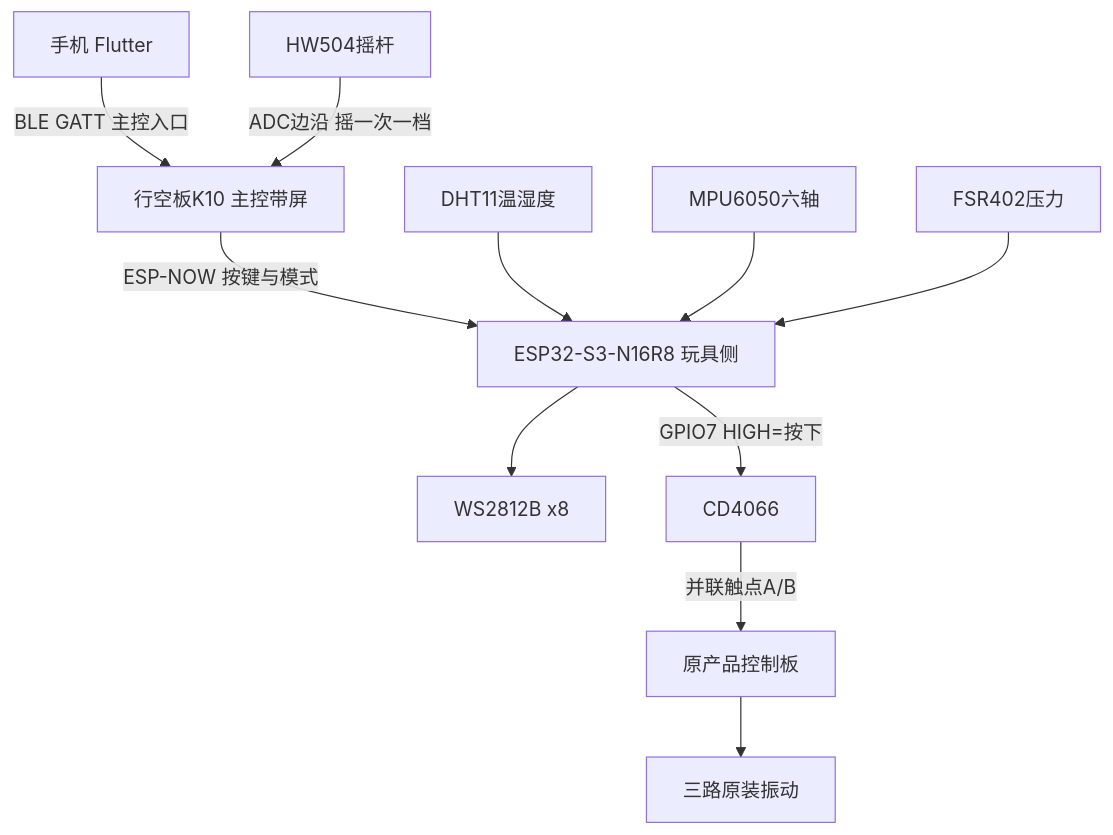
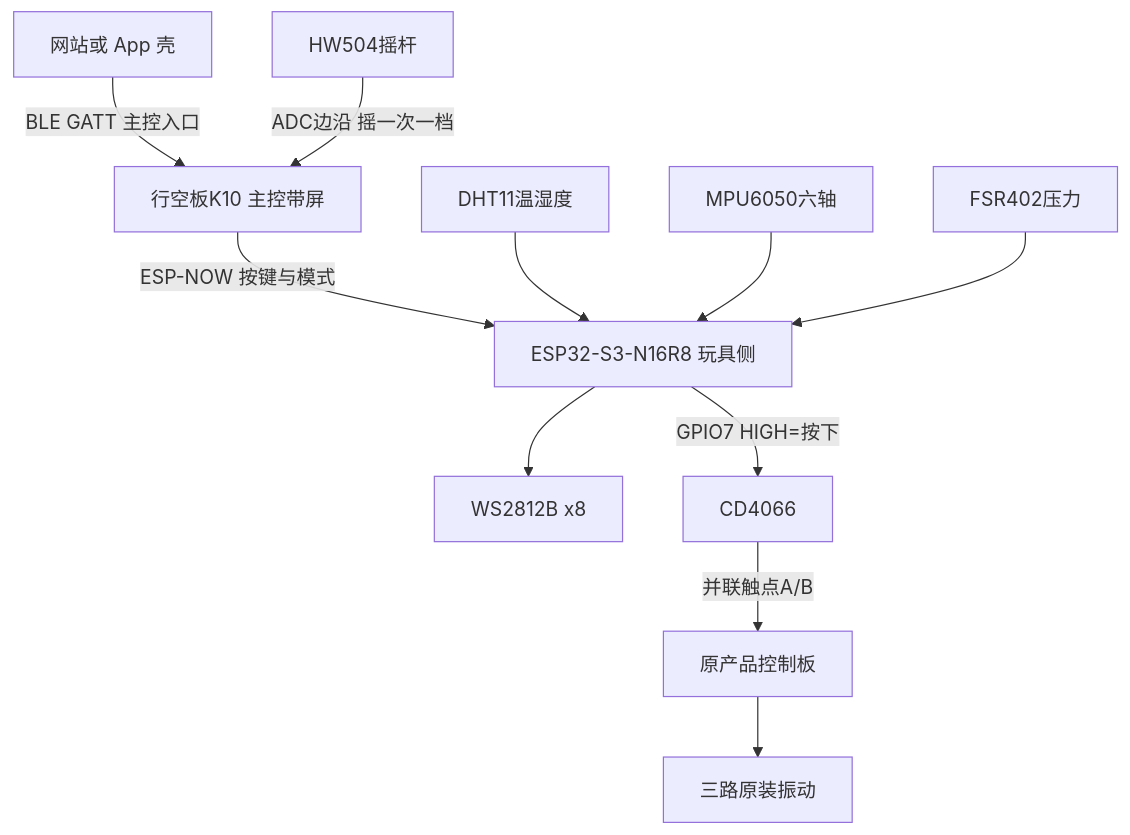
The second of 3 diagrams in docs/architecture/产品架构.md (Binomial-distribution/nascent), drawn with Mermaid before and after one commit. The commit also changed other lines of this file and 54 other files, not shown here.

````diff
--- a/docs/architecture/产品架构.md
+++ b/docs/architecture/产品架构.md
@@ -123,24 +123,24 @@
 ```mermaid
 flowchart TB
-  Phone[手机 Flutter]
+  Phone[网站或 App 壳]
   K10[行空板K10 主控带屏]
   Joy[HW504摇杆]
   Toy[ESP32-S3-N16R8 玩具侧]
   DHT[DHT11温湿度]
   IMU[MPU6050六轴]
   FSR[FSR402压力]
   LED[WS2812B x8]
   SW[CD4066]
   Board[原产品控制板]
   Mot[三路原装振动]
   Phone -->|BLE GATT 主控入口| K10
   Joy -->|ADC边沿 摇一次一档| K10
   K10 -->|ESP-NOW 按键与模式| Toy
   DHT --> Toy
   IMU --> Toy
   FSR --> Toy
   Toy --> LED
   Toy -->|GPIO7 HIGH=按下| SW
   SW -->|并联触点A/B| Board
   Board --> Mot
 ```
````
